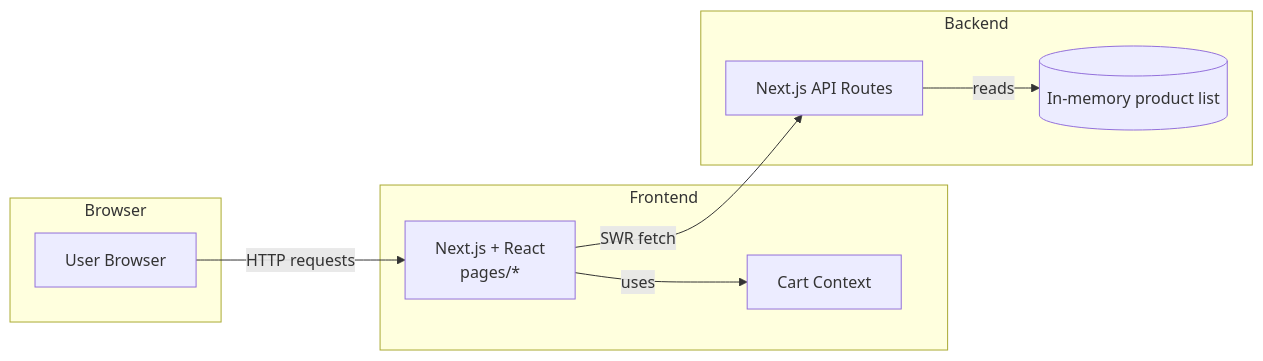
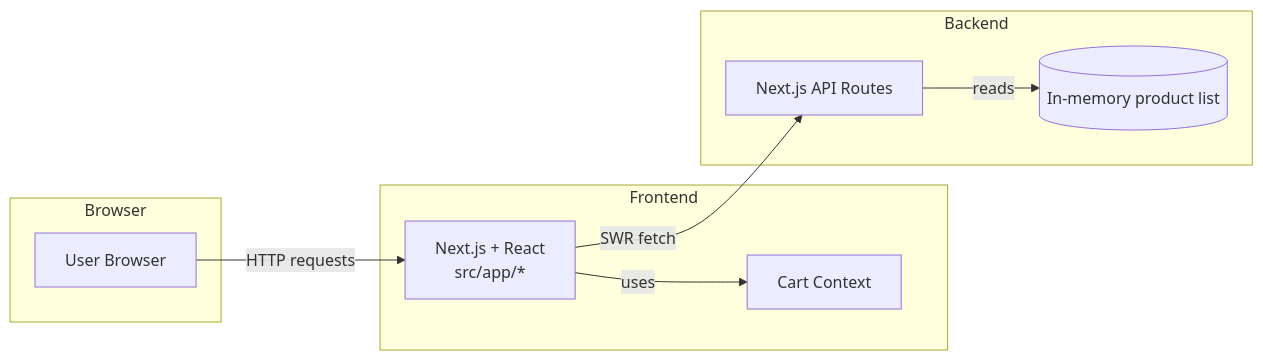
One commit to dasaep/agentic-ai-commerce changed the first of 2 diagrams in docs/architecture.md. Above: the diagram before and after it, drawn with Mermaid. The commit also changed other lines of this file, not shown here.

Commit message:
docs: update paths for new app directory

````diff
--- a/docs/architecture.md
+++ b/docs/architecture.md
@@ -7,21 +7,21 @@
 ```mermaid
 graph LR
     subgraph Browser
         B[User Browser]
     end
 
     subgraph Frontend
-        FE[Next.js + React<br/>pages/*]
+        FE[Next.js + React<br/>src/app/*]
         Cart[Cart Context]
         FE -- uses --> Cart
     end
 
     subgraph Backend
         API[Next.js API Routes]
         Data[(In-memory product list)]
         API -- reads --> Data
     end
 
     B -- HTTP requests --> FE
     FE -- SWR fetch --> API
 ```
````
